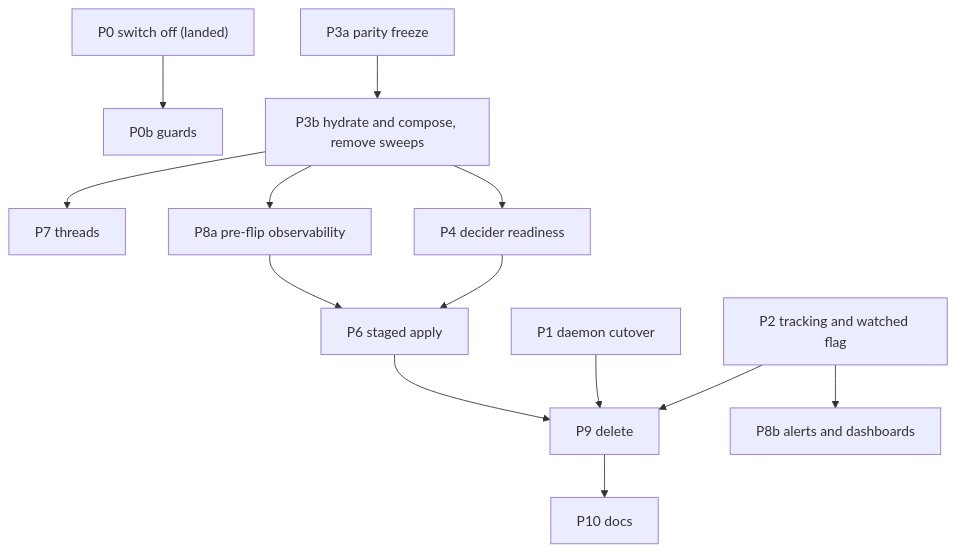
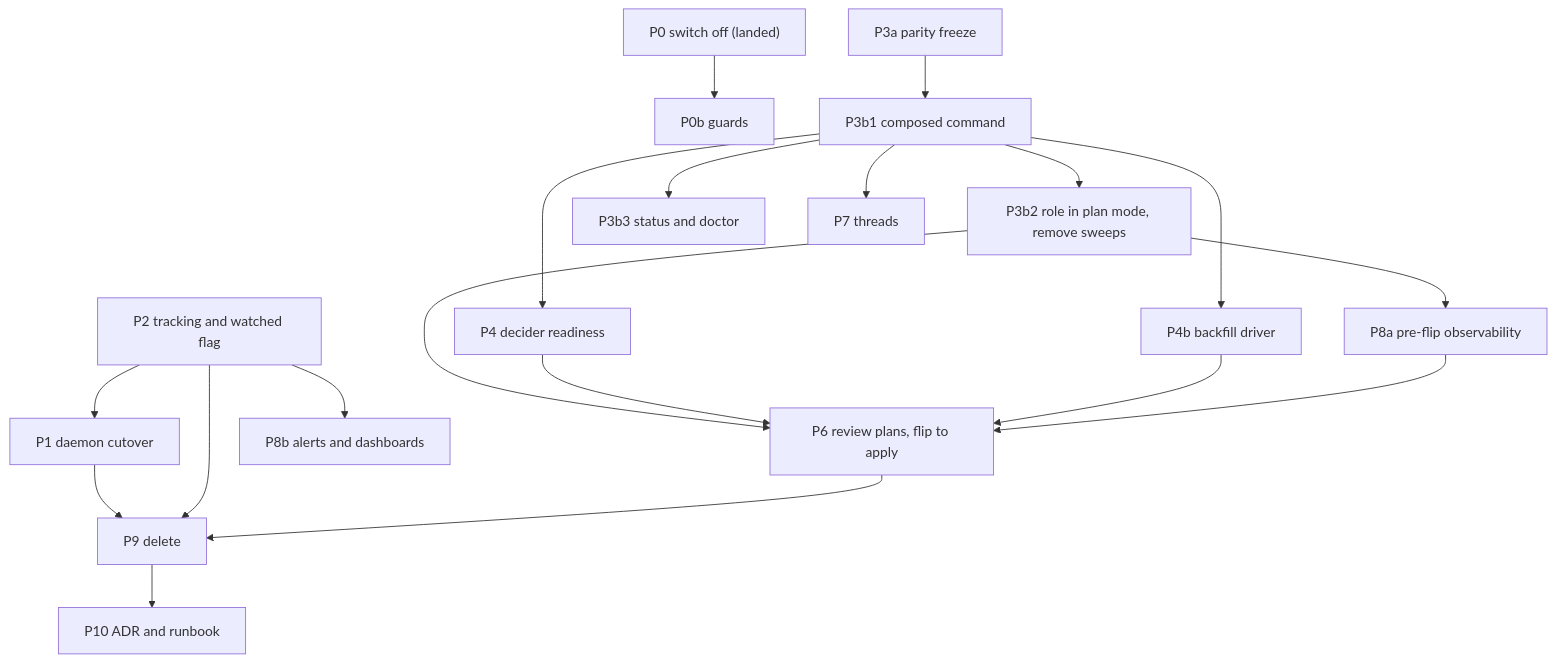
The second of 2 diagrams in docs/superpowers/specs/2026-10-20-pr-lane-refactor-design.md (phillipgreenii/nix-agent-support), drawn with Mermaid before and after one commit. The commit also changed other lines of this file, not shown here.

First line of the commit message:
docs: PR lane refactor design v4, plan-first flip and single composed role (pg2-6mo45.2)

````diff
--- a/docs/superpowers/specs/2026-10-20-pr-lane-refactor-design.md
+++ b/docs/superpowers/specs/2026-10-20-pr-lane-refactor-design.md
@@ -409,15 +581,21 @@
 ```mermaid
 flowchart TD
   P0["P0 switch off (landed)"] --> P0b["P0b guards"]
-  P3a["P3a parity freeze"] --> P3b["P3b hydrate and compose, remove sweeps"]
-  P3b --> P4["P4 decider readiness"]
-  P3b --> P8a["P8a pre-flip observability"]
-  P4 --> P6["P6 staged apply"]
+  P3a["P3a parity freeze"] --> P3b1["P3b1 composed command"]
+  P3b1 --> P3b2["P3b2 role in plan mode, remove sweeps"]
+  P3b1 --> P3b3["P3b3 status and doctor"]
+  P3b1 --> P4["P4 decider readiness"]
+  P3b1 --> P4b["P4b backfill driver"]
+  P3b2 --> P8a["P8a pre-flip observability"]
+  P3b2 --> P6["P6 review plans, flip to apply"]
+  P4 --> P6
+  P4b --> P6
   P8a --> P6
-  P1["P1 daemon cutover"] --> P9["P9 delete"]
-  P2["P2 tracking and watched flag"] --> P8b["P8b alerts and dashboards"]
+  P2["P2 tracking and watched flag"] --> P1["P1 daemon cutover"]
+  P2 --> P8b["P8b alerts and dashboards"]
+  P1 --> P9["P9 delete"]
   P2 --> P9
   P6 --> P9
-  P3b --> P7["P7 threads"]
-  P9 --> P10["P10 docs"]
+  P3b1 --> P7["P7 threads"]
+  P9 --> P10["P10 ADR and runbook"]
 ```
````
